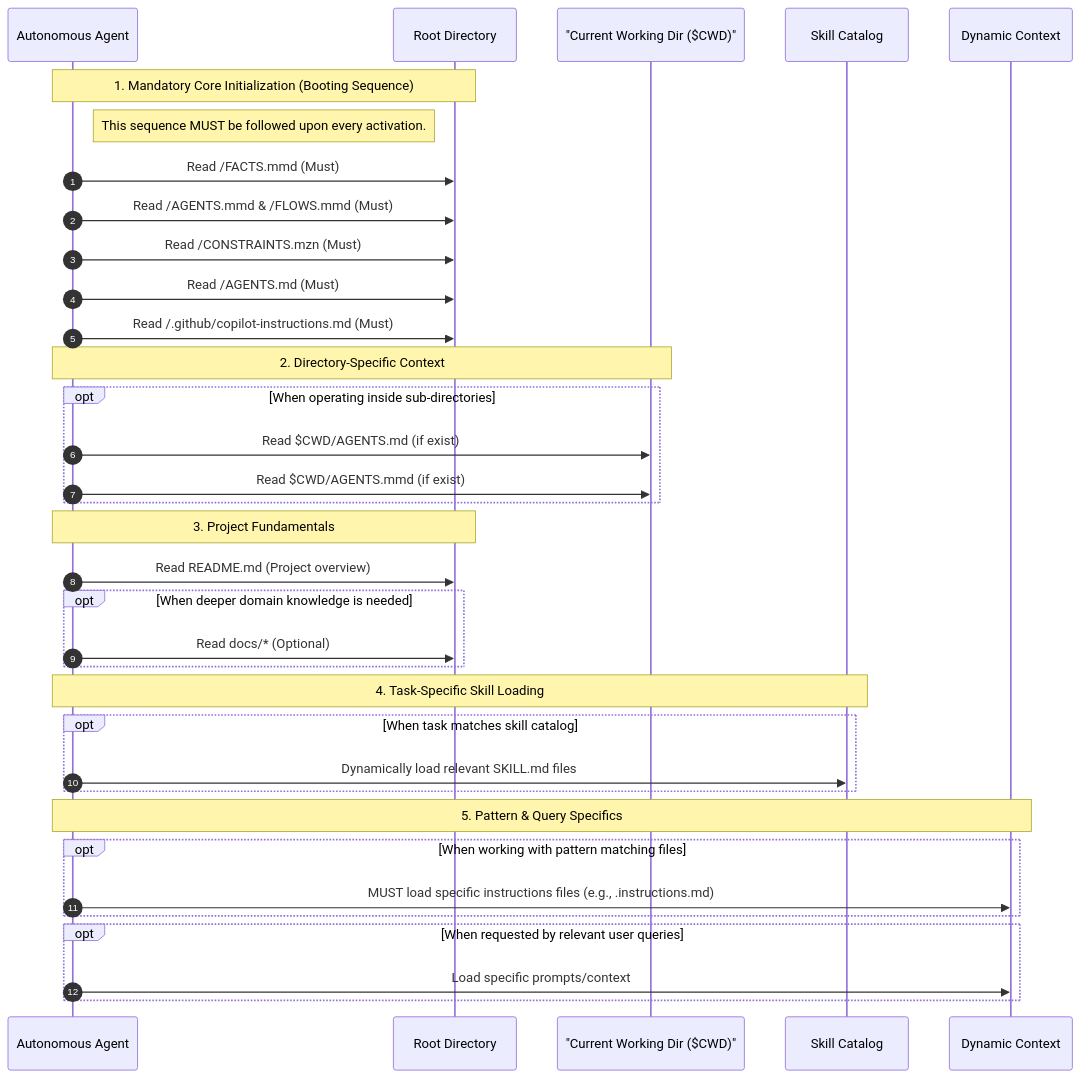
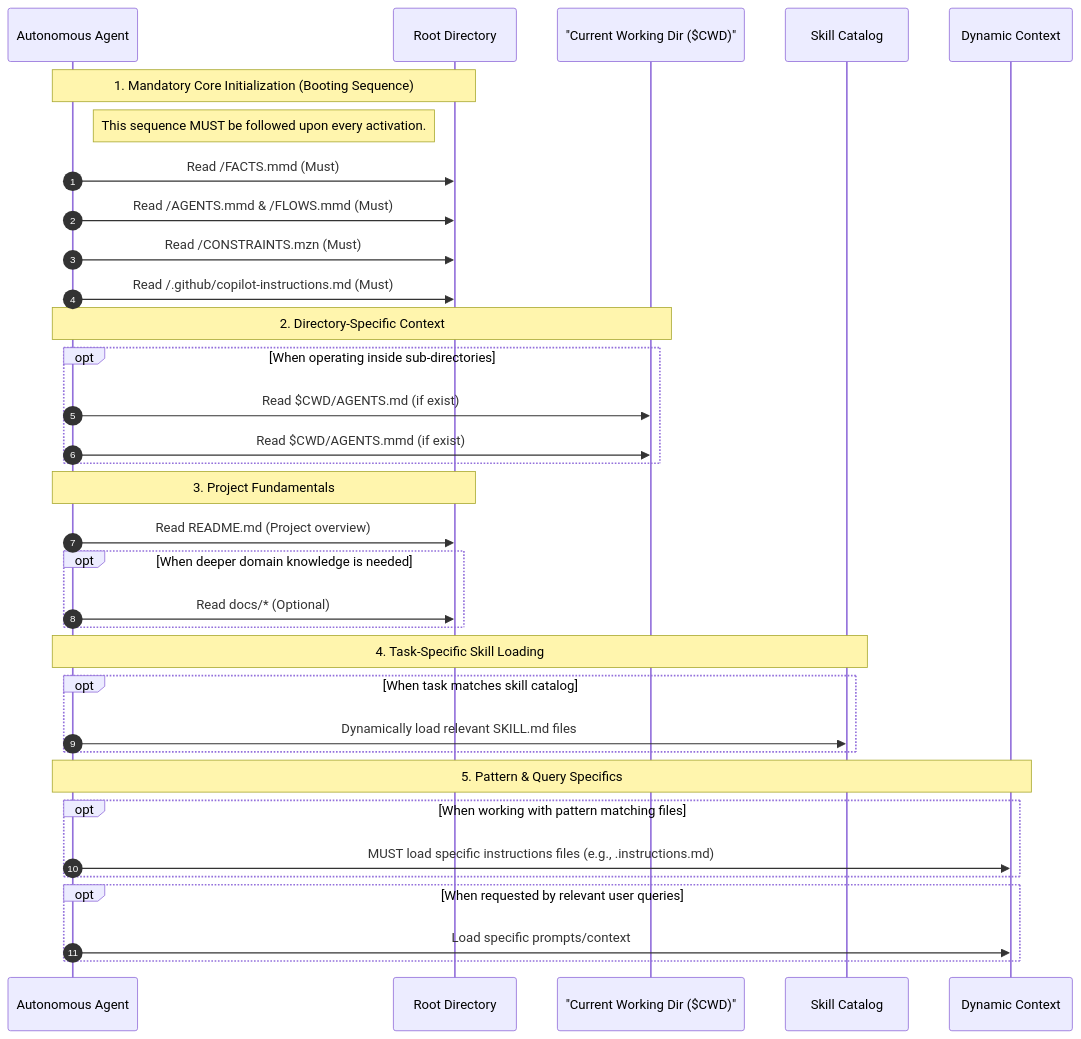
The diagram in AGENTS.mmd (Cogni-AI-OU/cogni-ai-agents), drawn with Mermaid before and after one commit. The commit also changed 5 other files, not shown here.

Commit message:
Refined diagrams, protocols and tour.

```diff
--- a/AGENTS.mmd
+++ b/AGENTS.mmd
@@ -1,42 +1,41 @@
 sequenceDiagram
     autonumber
     participant Agent as Autonomous Agent
     participant Root as Root Directory
     participant CWD as "Current Working Dir ($CWD)"
     participant Skills as Skill Catalog
     participant Context as Dynamic Context
 
     Note over Agent,Root: 1. Mandatory Core Initialization (Booting Sequence)
     Note right of Agent: This sequence MUST be followed upon every activation.
     Agent->>Root: Read /FACTS.mmd (Must)
     Agent->>Root: Read /AGENTS.mmd & /FLOWS.mmd (Must)
     Agent->>Root: Read /CONSTRAINTS.mzn (Must)
-    Agent->>Root: Read /AGENTS.md (Must)
     Agent->>Root: Read /.github/copilot-instructions.md (Must)
 
     Note over Agent,CWD: 2. Directory-Specific Context
     opt When operating inside sub-directories
         Agent->>CWD: Read $CWD/AGENTS.md (if exist)
         Agent->>CWD: Read $CWD/AGENTS.mmd (if exist)
     end
 
     Note over Agent,Root: 3. Project Fundamentals
     Agent->>Root: Read README.md (Project overview)
 
     opt When deeper domain knowledge is needed
         Agent->>Root: Read docs/* (Optional)
     end
 
     Note over Agent,Skills: 4. Task-Specific Skill Loading
     opt When task matches skill catalog
         Agent->>Skills: Dynamically load relevant SKILL.md files
     end
 
     Note over Agent,Context: 5. Pattern & Query Specifics
     opt When working with pattern matching files
         Agent->>Context: MUST load specific instructions files (e.g., .instructions.md)
     end
 
     opt When requested by relevant user queries
         Agent->>Context: Load specific prompts/context
     end
```
